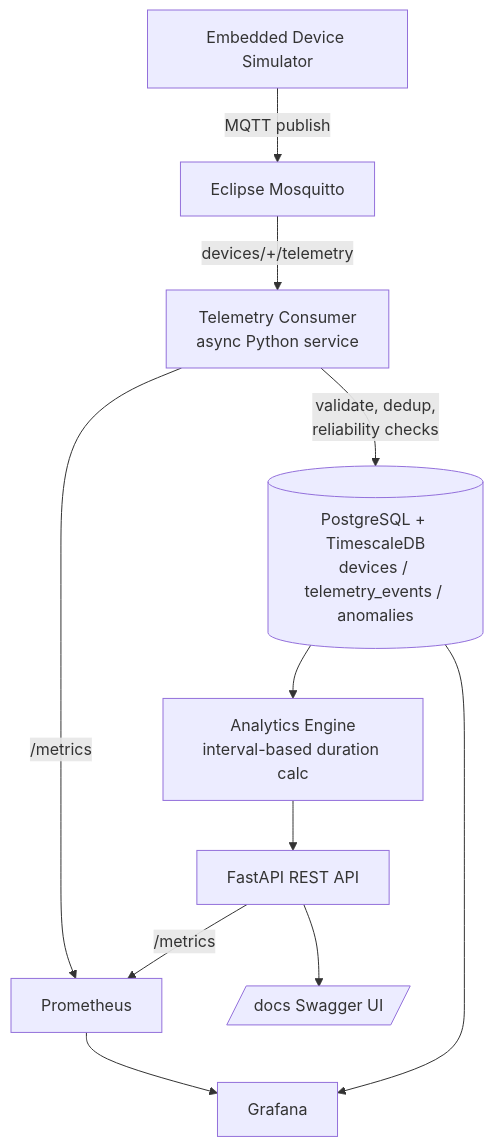
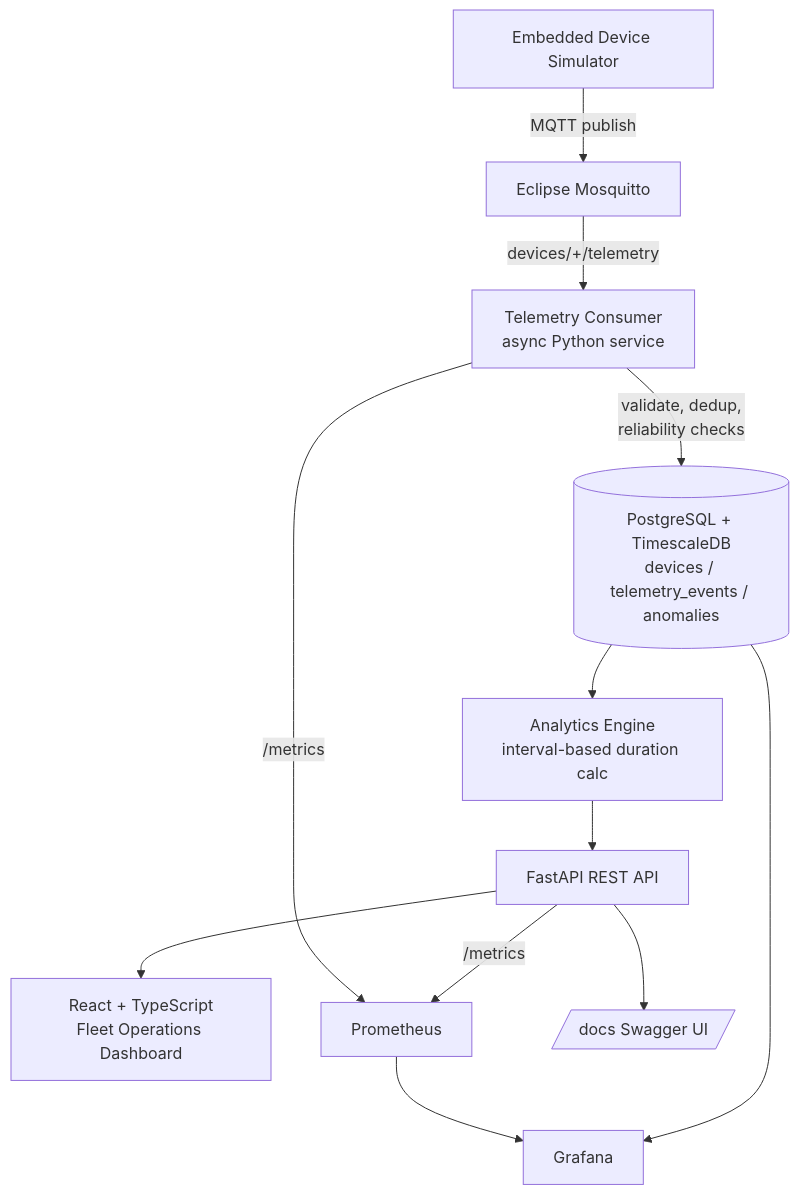
The diagram in README.md (cobraroot404-a11y/embedded-device-power-analytics), drawn with Mermaid before and after one commit. The commit also changed other lines of this file and 91 other files, not shown here.

Commit message:
Add React frontend, extended fleet analytics API, and proprietary source-visible license

````diff
--- a/README.md
+++ b/README.md
@@ -60,13 +70,14 @@
 ```mermaid
 flowchart TD
     SIM[Embedded Device Simulator] -->|MQTT publish| MQ[Eclipse Mosquitto]
     MQ -->|devices/+/telemetry| CONS[Telemetry Consumer<br/>async Python service]
     CONS -->|validate, dedup,<br/>reliability checks| DB[(PostgreSQL + TimescaleDB<br/>devices / telemetry_events / anomalies)]
     DB --> ANALYTICS[Analytics Engine<br/>interval-based duration calc]
     ANALYTICS --> API[FastAPI REST API]
+    API --> FRONTEND[React + TypeScript<br/>Fleet Operations Dashboard]
     CONS -->|/metrics| PROM[Prometheus]
     API -->|/metrics| PROM
     PROM --> GRAF[Grafana]
     DB --> GRAF
     API --> SWAGGER[/docs Swagger UI/]
 ```
````
